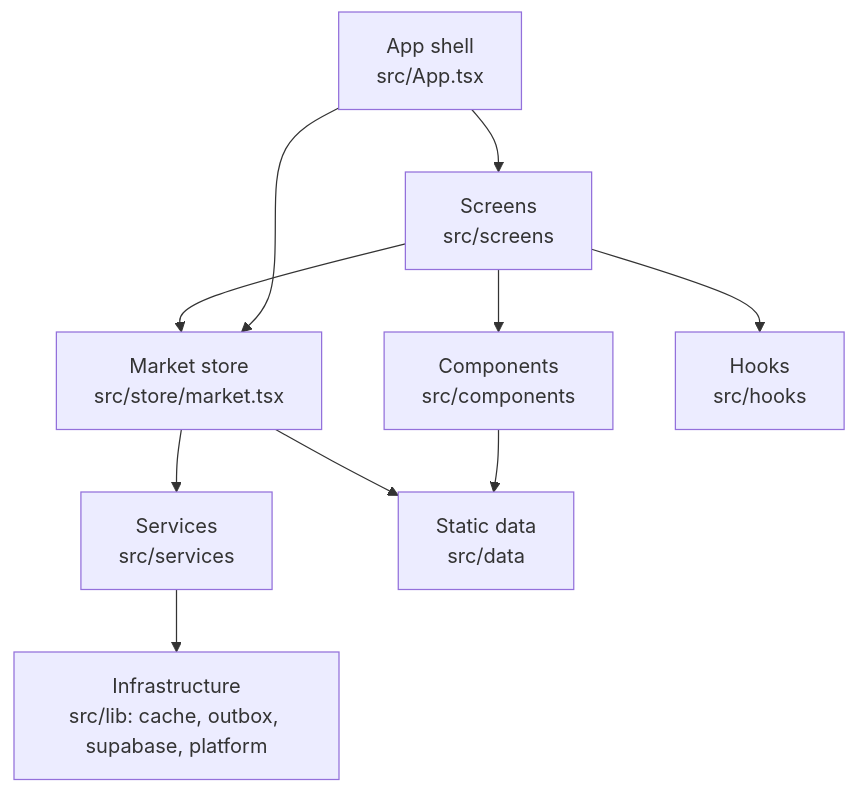
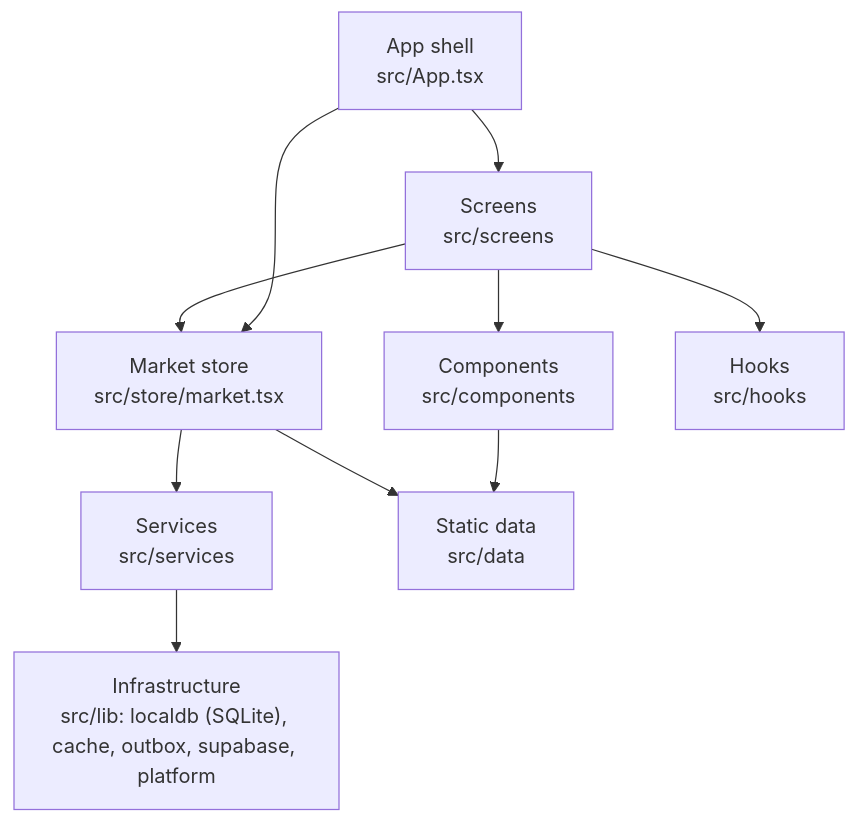
Before and after one commit to yslruzly/AniSense: the second of 11 diagrams in docs/architecture.md, drawn with Mermaid. The commit also changed other lines of this file and 2 other files, not shown here.

Commit message:
Docs: SQLite offline design, opening without signal, orders and ratings live, featured farmers, nationwide sign-up, tab memory

````diff
--- a/docs/architecture.md
+++ b/docs/architecture.md
@@ -95,19 +100,19 @@
 ```mermaid
 flowchart TB
   Shell["App shell<br/>src/App.tsx"]
   Screens["Screens<br/>src/screens"]
   Components["Components<br/>src/components"]
   Store["Market store<br/>src/store/market.tsx"]
   Services["Services<br/>src/services"]
-  Lib["Infrastructure<br/>src/lib: cache, outbox, supabase, platform"]
+  Lib["Infrastructure<br/>src/lib: localdb (SQLite), cache, outbox, supabase, platform"]
   Data["Static data<br/>src/data"]
 
   Hooks["Hooks<br/>src/hooks"]
   Shell --> Screens --> Components
   Screens --> Hooks
   Screens --> Store
   Shell --> Store
   Store --> Services --> Lib
   Store --> Data
   Components --> Data
 ```
````
